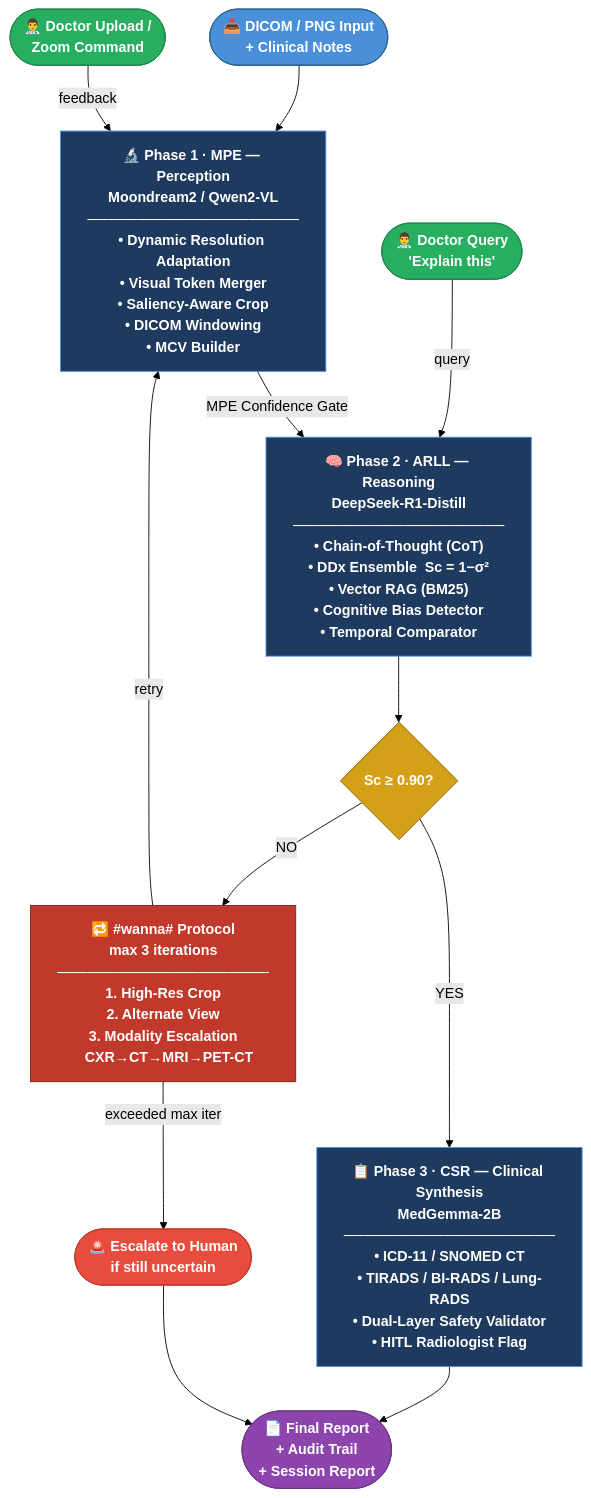
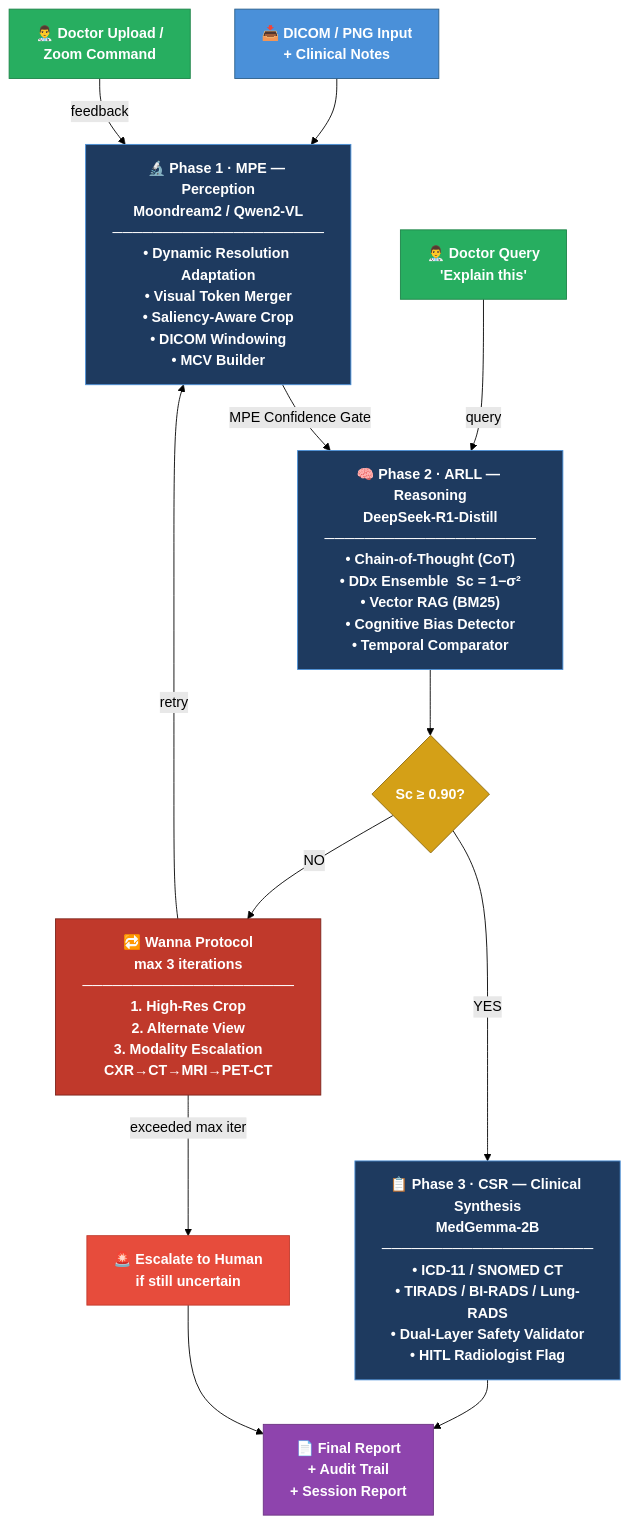
Before and after one commit to dill-lk/Mr.ToM: the diagram in README.md, drawn with Mermaid (forest theme). The commit also changed other lines of this file, not shown here.

````diff
--- a/README.md
+++ b/README.md
@@ -23,42 +23,42 @@
 ```mermaid
 flowchart TD
-    INPUT(["📥 DICOM / PNG Input\n+ Clinical Notes"]):::input
+    INPUT["📥 DICOM / PNG Input<br/>+ Clinical Notes"]:::input
 
-    DOCTOR_UPLOAD(["👨‍⚕️ Doctor Upload /\nZoom Command"]):::hitl
+    DOCTOR_UPLOAD["👨‍⚕️ Doctor Upload /<br/>Zoom Command"]:::hitl
 
-    MPE["🔬 Phase 1 · MPE — Perception\nMoondream2 / Qwen2-VL\n─────────────────────\n• Dynamic Resolution Adaptation\n• Visual Token Merger\n• Saliency-Aware Crop\n• DICOM Windowing\n• MCV Builder"]:::phase
+    MPE["🔬 Phase 1 · MPE — Perception<br/>Moondream2 / Qwen2-VL<br/>─────────────────────<br/>• Dynamic Resolution Adaptation<br/>• Visual Token Merger<br/>• Saliency-Aware Crop<br/>• DICOM Windowing<br/>• MCV Builder"]:::phase
 
-    ARLL["🧠 Phase 2 · ARLL — Reasoning\nDeepSeek-R1-Distill\n─────────────────────\n• Chain-of-Thought (CoT)\n• DDx Ensemble  Sc = 1−σ²\n• Vector RAG (BM25)\n• Cognitive Bias Detector\n• Temporal Comparator"]:::phase
+    ARLL["🧠 Phase 2 · ARLL — Reasoning<br/>DeepSeek-R1-Distill<br/>─────────────────────<br/>• Chain-of-Thought (CoT)<br/>• DDx Ensemble  Sc = 1−σ²<br/>• Vector RAG (BM25)<br/>• Cognitive Bias Detector<br/>• Temporal Comparator"]:::phase
 
-    DOCTOR_QUERY(["👨‍⚕️ Doctor Query\n'Explain this'"]):::hitl
+    DOCTOR_QUERY["👨‍⚕️ Doctor Query<br/>'Explain this'"]:::hitl
 
     GATE{"Sc ≥ 0.90?"}:::gate
 
-    CSR["📋 Phase 3 · CSR — Clinical Synthesis\nMedGemma-2B\n─────────────────────\n• ICD-11 / SNOMED CT\n• TIRADS / BI-RADS / Lung-RADS\n• Dual-Layer Safety Validator\n• HITL Radiologist Flag"]:::phase
+    CSR["📋 Phase 3 · CSR — Clinical Synthesis<br/>MedGemma-2B<br/>─────────────────────<br/>• ICD-11 / SNOMED CT<br/>• TIRADS / BI-RADS / Lung-RADS<br/>• Dual-Layer Safety Validator<br/>• HITL Radiologist Flag"]:::phase
 
-    WANNA["🔁 #35;wanna#35; Protocol\nmax 3 iterations\n─────────────────────\n1. High-Res Crop\n2. Alternate View\n3. Modality Escalation\n   CXR→CT→MRI→PET-CT"]:::loop
+    WANNA["🔁 Wanna Protocol<br/>max 3 iterations<br/>─────────────────────<br/>1. High-Res Crop<br/>2. Alternate View<br/>3. Modality Escalation<br/>CXR→CT→MRI→PET-CT"]:::loop
 
-    ESCALATE(["🚨 Escalate to Human\nif still uncertain"]):::escalate
+    ESCALATE["🚨 Escalate to Human<br/>if still uncertain"]:::escalate
 
-    REPORT(["📄 Final Report\n+ Audit Trail\n+ Session Report"]):::output
+    REPORT["📄 Final Report<br/>+ Audit Trail<br/>+ Session Report"]:::output
 
     INPUT --> MPE
     DOCTOR_UPLOAD -->|feedback| MPE
     MPE -->|MPE Confidence Gate| ARLL
     DOCTOR_QUERY -->|query| ARLL
     ARLL --> GATE
     GATE -->|YES| CSR
     GATE -->|NO| WANNA
     WANNA -->|retry| MPE
     WANNA -->|exceeded max iter| ESCALATE
     CSR --> REPORT
     ESCALATE --> REPORT
 
     classDef input    fill:#4A90D9,stroke:#2C5F8A,color:#fff,font-weight:bold
     classDef phase    fill:#1E3A5F,stroke:#4A90D9,color:#fff,font-weight:bold
     classDef gate     fill:#D4A017,stroke:#8B6914,color:#fff,font-weight:bold
     classDef loop     fill:#C0392B,stroke:#7B241C,color:#fff,font-weight:bold
     classDef escalate fill:#E74C3C,stroke:#C0392B,color:#fff,font-weight:bold
     classDef hitl     fill:#27AE60,stroke:#1E8449,color:#fff,font-weight:bold
     classDef output   fill:#8E44AD,stroke:#6C3483,color:#fff,font-weight:bold
 ```
````
